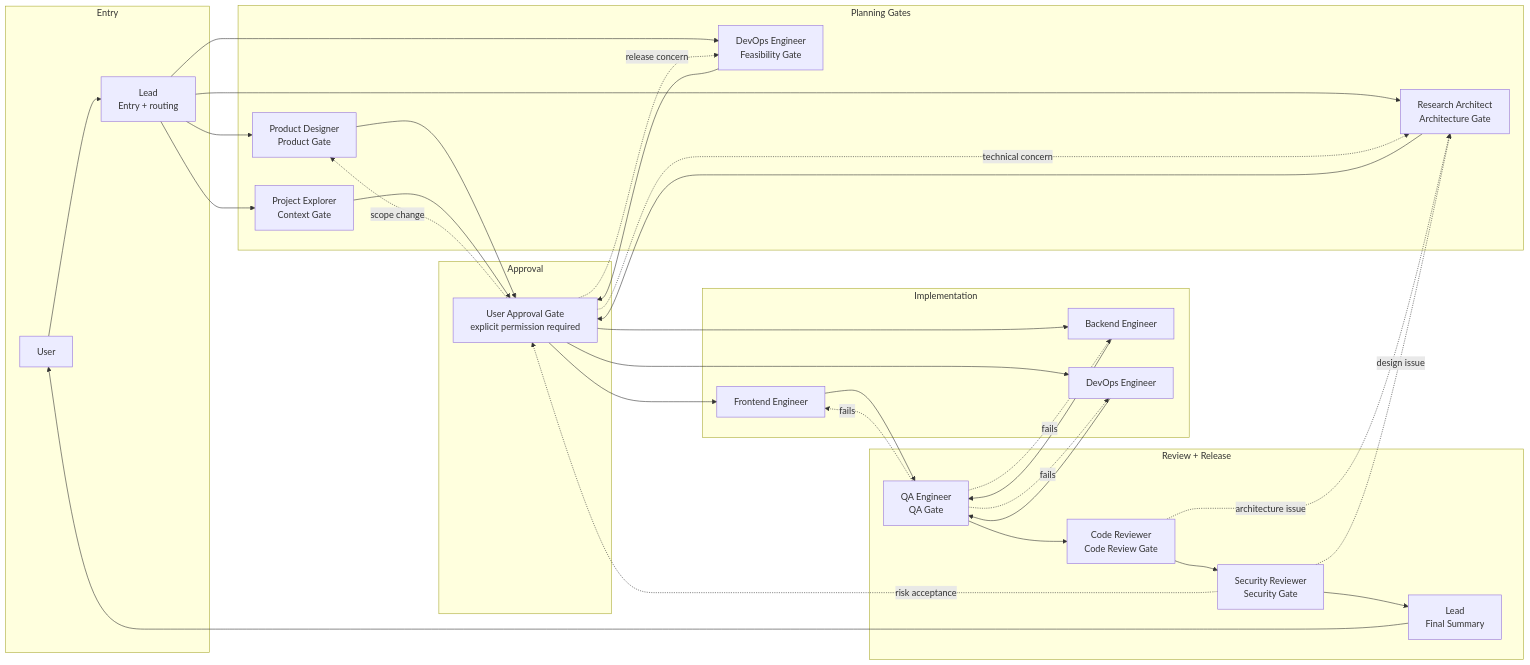
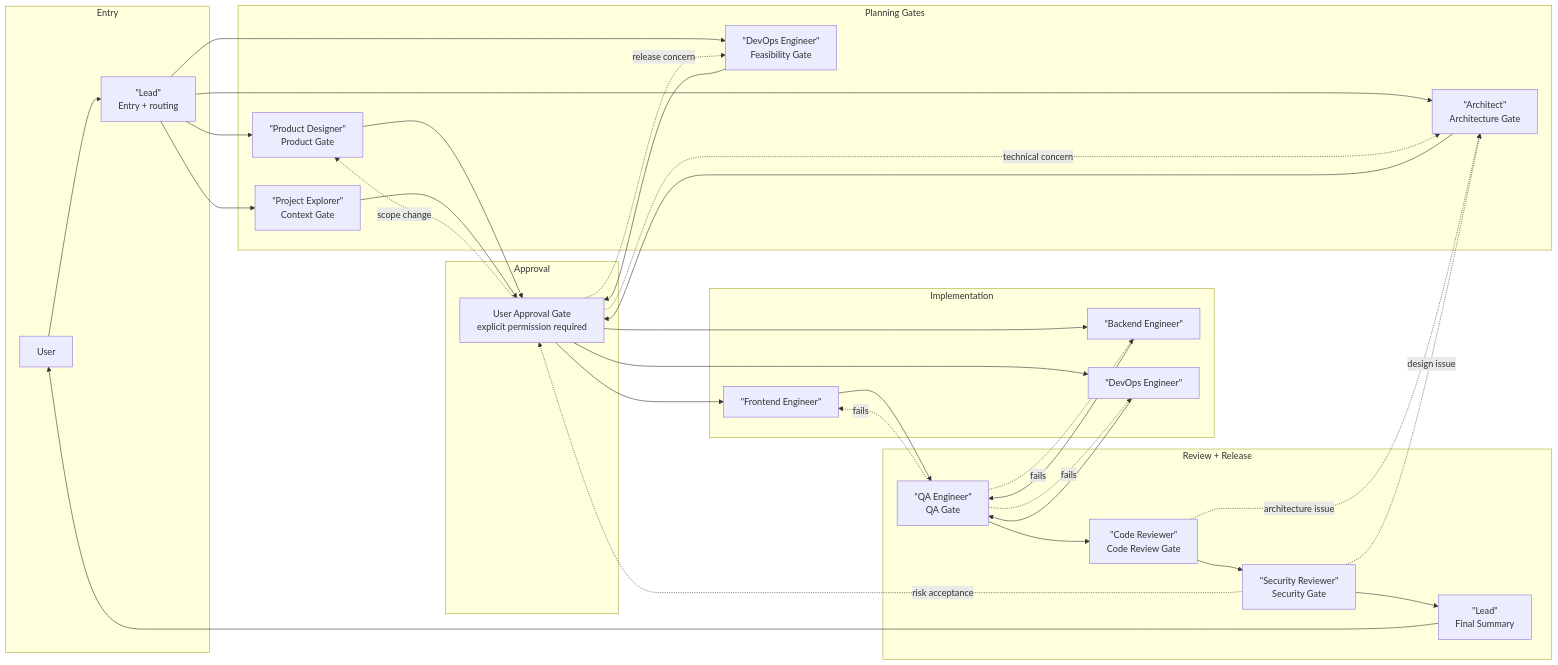
One commit to ty-testty/Agents-team changed the first of 3 diagrams in ARCHITECTURE.md. Above: the diagram before and after it, drawn with Mermaid. The commit also changed other lines of this file, not shown here.

Commit message:
Clarify architecture role labels

````diff
--- a/ARCHITECTURE.md
+++ b/ARCHITECTURE.md
@@ -11,65 +11,65 @@
 ```mermaid
 flowchart LR
     subgraph Entry["Entry"]
         U["User"]
-        L["Lead<br/>Entry + routing"]
+        L["&quot;Lead&quot;<br/>Entry + routing"]
     end
 
     subgraph Planning["Planning Gates"]
-        PD["Product Designer<br/>Product Gate"]
-        PE["Project Explorer<br/>Context Gate"]
-        RA["Research Architect<br/>Architecture Gate"]
-        DEVF["DevOps Engineer<br/>Feasibility Gate"]
+        PD["&quot;Product Designer&quot;<br/>Product Gate"]
+        PE["&quot;Project Explorer&quot;<br/>Context Gate"]
+        RA["&quot;Architect&quot;<br/>Architecture Gate"]
+        DEVF["&quot;DevOps Engineer&quot;<br/>Feasibility Gate"]
     end
 
     subgraph Approval["Approval"]
         APPR["User Approval Gate<br/>explicit permission required"]
     end
 
     subgraph Implementation["Implementation"]
-        FE["Frontend Engineer"]
-        BE["Backend Engineer"]
-        DEVI["DevOps Engineer"]
+        FE["&quot;Frontend Engineer&quot;"]
+        BE["&quot;Backend Engineer&quot;"]
+        DEVI["&quot;DevOps Engineer&quot;"]
     end
 
     subgraph Review["Review + Release"]
-        QA["QA Engineer<br/>QA Gate"]
-        CR["Code Reviewer<br/>Code Review Gate"]
-        SR["Security Reviewer<br/>Security Gate"]
-        FINAL["Lead<br/>Final Summary"]
+        QA["&quot;QA Engineer&quot;<br/>QA Gate"]
+        CR["&quot;Code Reviewer&quot;<br/>Code Review Gate"]
+        SR["&quot;Security Reviewer&quot;<br/>Security Gate"]
+        FINAL["&quot;Lead&quot;<br/>Final Summary"]
     end
 
     U --> L
     L --> PD
     L --> PE
     L --> RA
     L --> DEVF
 
     PD --> APPR
     PE --> APPR
     RA --> APPR
     DEVF --> APPR
 
     APPR --> FE
     APPR --> BE
     APPR --> DEVI
 
     FE --> QA
     BE --> QA
     DEVI --> QA
 
     QA --> CR
     CR --> SR
     SR --> FINAL
     FINAL --> U
 
     APPR -. scope change .-> PD
     APPR -. technical concern .-> RA
     APPR -. release concern .-> DEVF
     QA -. fails .-> FE
     QA -. fails .-> BE
     QA -. fails .-> DEVI
     CR -. architecture issue .-> RA
     SR -. risk acceptance .-> APPR
     SR -. design issue .-> RA
 ```
````
